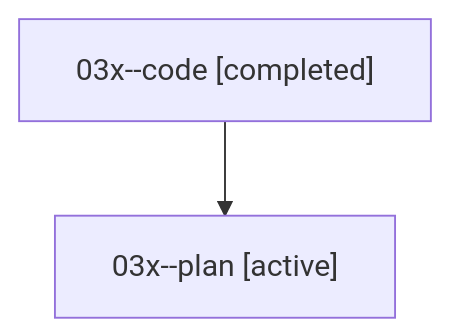
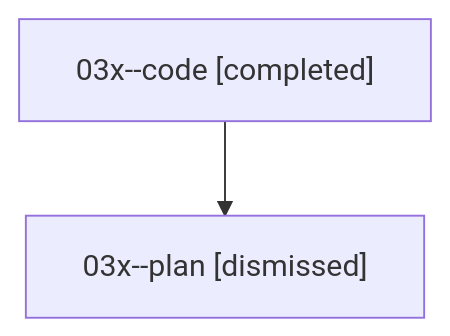
The diagram in sessions/bbugyi200.athena.03x.md (sase-org/sase--agents), drawn with Mermaid before and after one commit. The commit also changed other lines of this file and 25 other files, not shown here.

````diff
--- a/sessions/bbugyi200.athena.03x.md
+++ b/sessions/bbugyi200.athena.03x.md
@@ -9,6 +9,6 @@
 ```mermaid
 flowchart TD
   n0["03x--code [completed]"]
-  n1["03x--plan [active]"]
+  n1["03x--plan [dismissed]"]
   n0 --> n1
 ```
````
